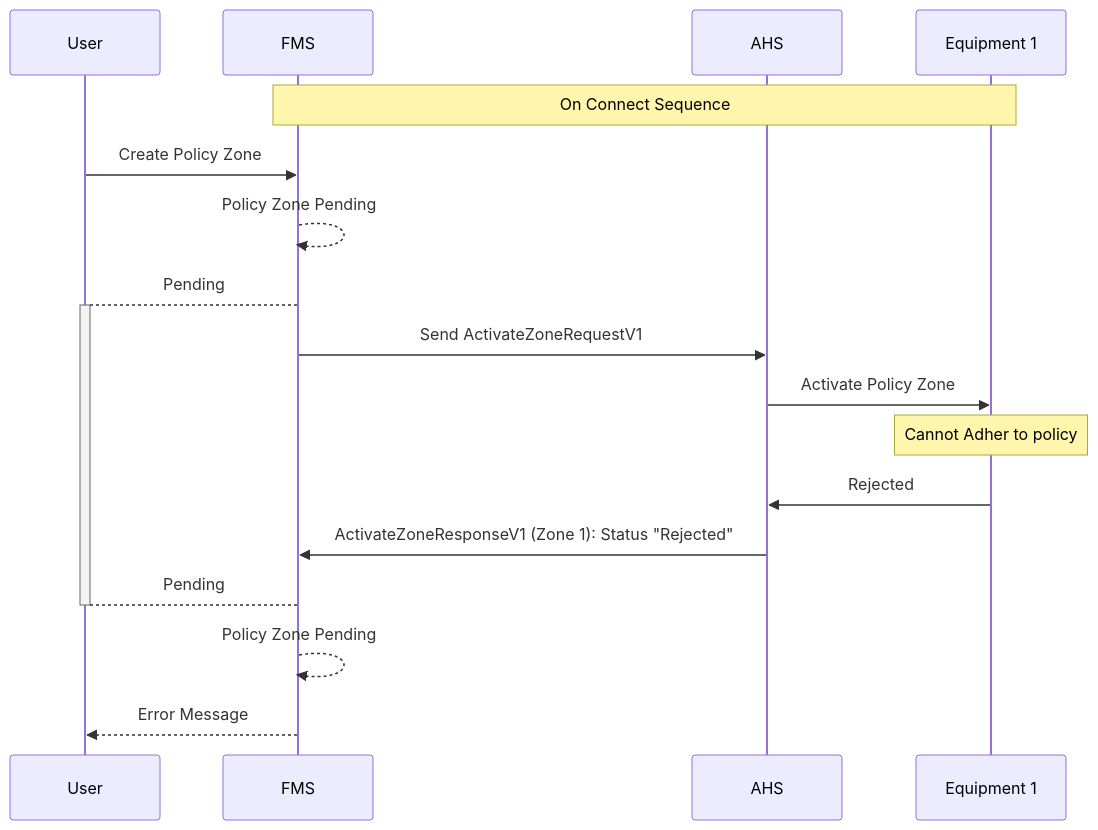
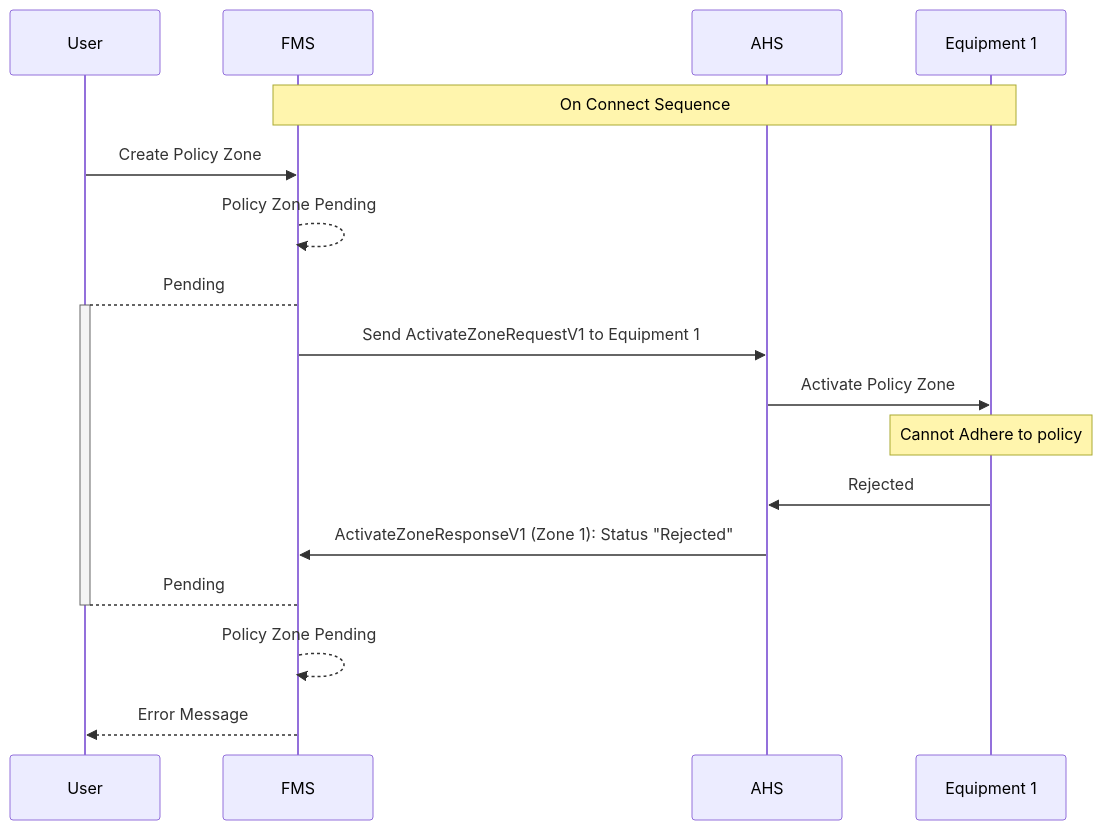
One commit to open-autonomy/zone changed the fourth of 6 diagrams in diagram/SequenceDiagrams.md. Above: the diagram before and after it, drawn with Mermaid. The commit also changed other lines of this file and 5 other files, not shown here.

````diff
--- a/diagram/SequenceDiagrams.md
+++ b/diagram/SequenceDiagrams.md
@@ -82,20 +123,20 @@
 ```mermaid
 sequenceDiagram
     participant User
     participant FMS
     participant AHS
     participant Equipment 1
 
     Note over FMS,Equipment 1: On Connect Sequence
     User->>FMS: Create Policy Zone
     FMS-->>FMS: Policy Zone Pending
     FMS-->+User: Pending
-    FMS->>AHS: Send ActivateZoneRequestV1
+    FMS->>AHS: Send ActivateZoneRequestV1 to Equipment 1
     AHS->>Equipment 1: Activate Policy Zone
-    Note Over Equipment 1: Cannot Adher to policy
+    Note Over Equipment 1: Cannot Adhere to policy
     Equipment 1->>AHS: Rejected
     AHS->>FMS: ActivateZoneResponseV1 (Zone 1): Status "Rejected"
     User-->-FMS: Pending
     FMS-->>FMS: Policy Zone Pending
     FMS-->>User: Error Message
 ```
````
